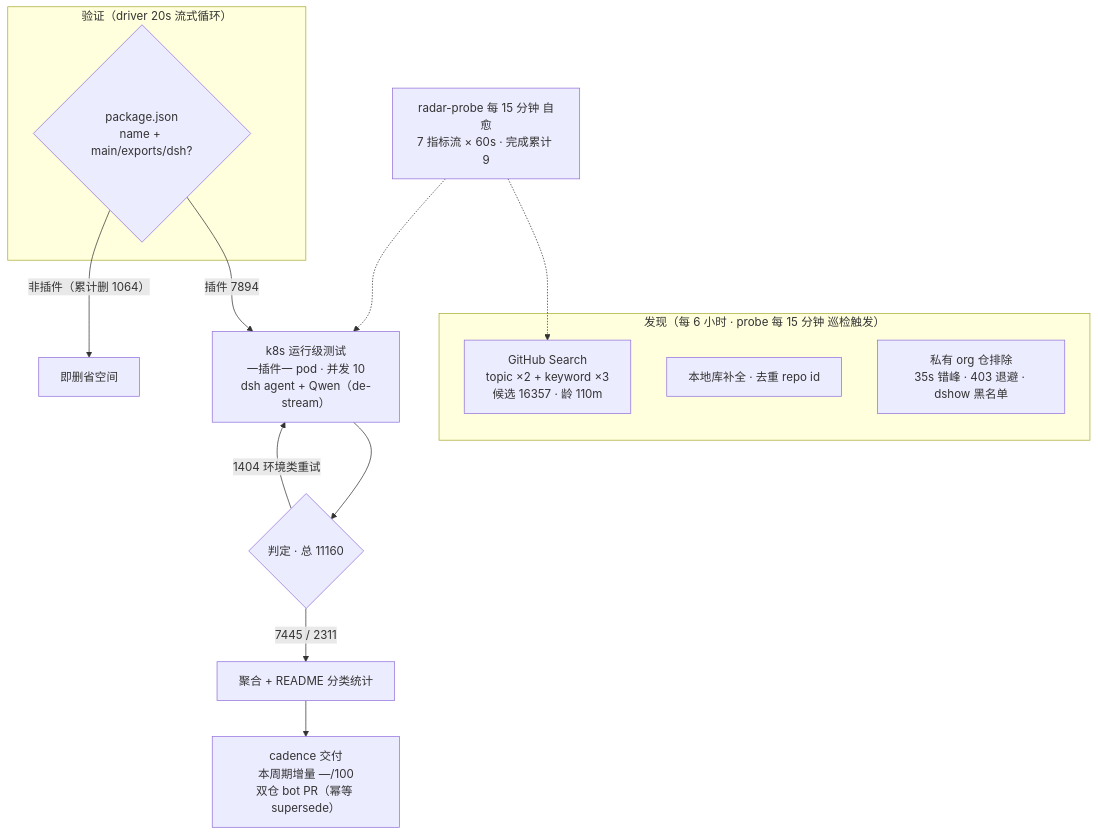
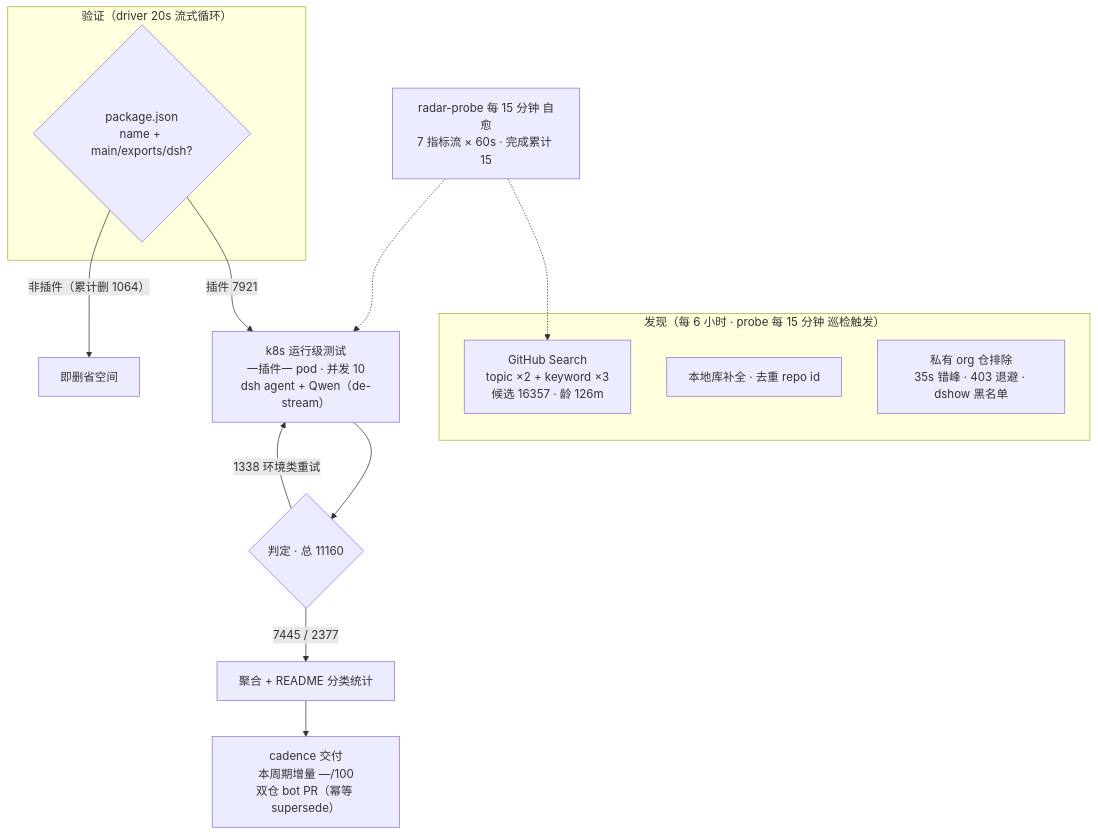
One commit to Zhidao-Lab-OSS/awesome-dsh-plugins changed the diagram in README.md. Above: the diagram before and after it, drawn with Mermaid. The commit also changed other lines of this file and 1 other file, not shown here.

````diff
--- a/README.md
+++ b/README.md
@@ -52,20 +52,20 @@
 ```mermaid
 flowchart TB
     subgraph Discovery["发现（每 6 小时 · probe 每 15 分钟 巡检触发）"]
-        A1["GitHub Search<br/>topic ×2 + keyword ×3<br/>候选 16357 · 龄 110m"]
+        A1["GitHub Search<br/>topic ×2 + keyword ×3<br/>候选 16357 · 龄 126m"]
         A2["本地库补全 · 去重 repo id"]
         A3["私有 org 仓排除<br/>35s 错峰 · 403 退避 · dshow 黑名单"]
     end
     subgraph Validation["验证（driver 20s 流式循环）"]
         B1{"package.json<br/>name + main/exports/dsh?"}
     end
-    B1 -->|"插件 7894"| C1["k8s 运行级测试<br/>一插件一 pod · 并发 10<br/>dsh agent + Qwen（de-stream）"]
+    B1 -->|"插件 7921"| C1["k8s 运行级测试<br/>一插件一 pod · 并发 10<br/>dsh agent + Qwen（de-stream）"]
     B1 -->|"非插件（累计删 1064）"| B3["即删省空间"]
     C1 --> D1{"判定 · 总 11160"}
-    D1 -->|"7445 / 2311"| E1["聚合 + README 分类统计"]
-    D1 -->|"1404 环境类重试"| C1
+    D1 -->|"7445 / 2377"| E1["聚合 + README 分类统计"]
+    D1 -->|"1338 环境类重试"| C1
     E1 --> E2["cadence 交付<br/>本周期增量 —/100<br/>双仓 bot PR（幂等 supersede）"]
-    M["radar-probe 每 15 分钟 自愈<br/>7 指标流 × 60s · 完成累计 9"]
+    M["radar-probe 每 15 分钟 自愈<br/>7 指标流 × 60s · 完成累计 15"]
     M -.-> A1
     M -.-> C1
 ```
````
